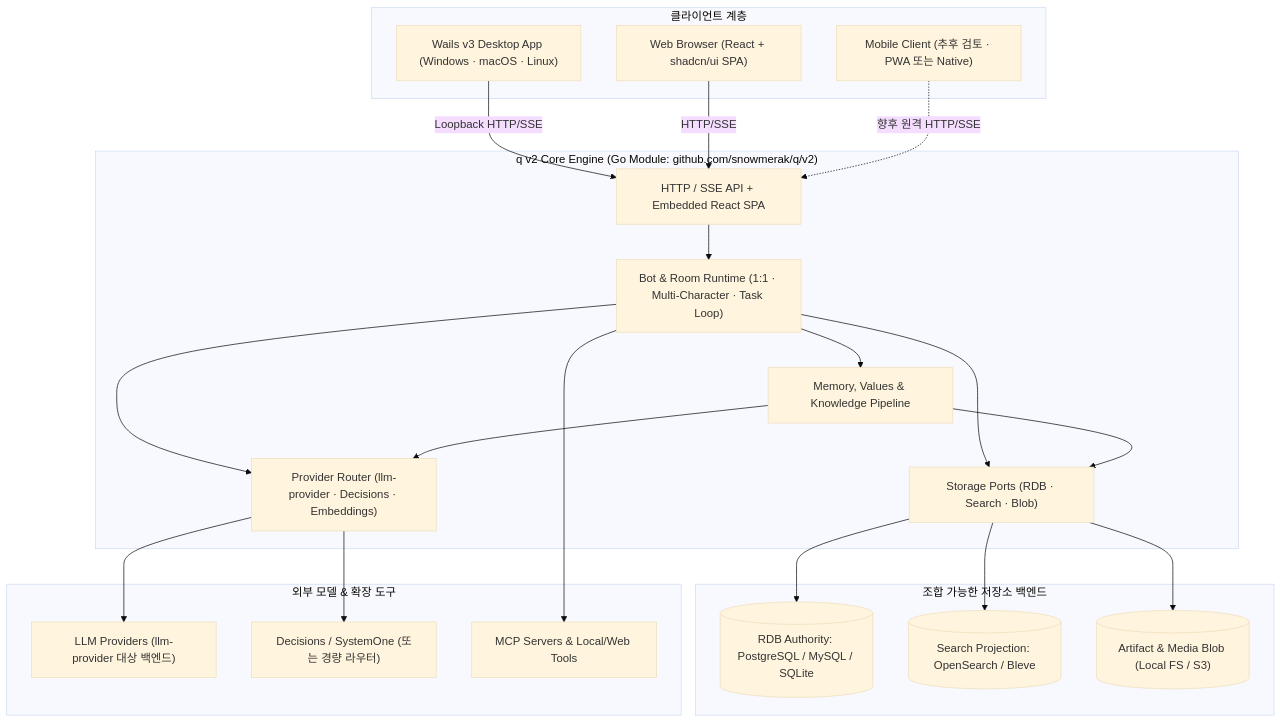
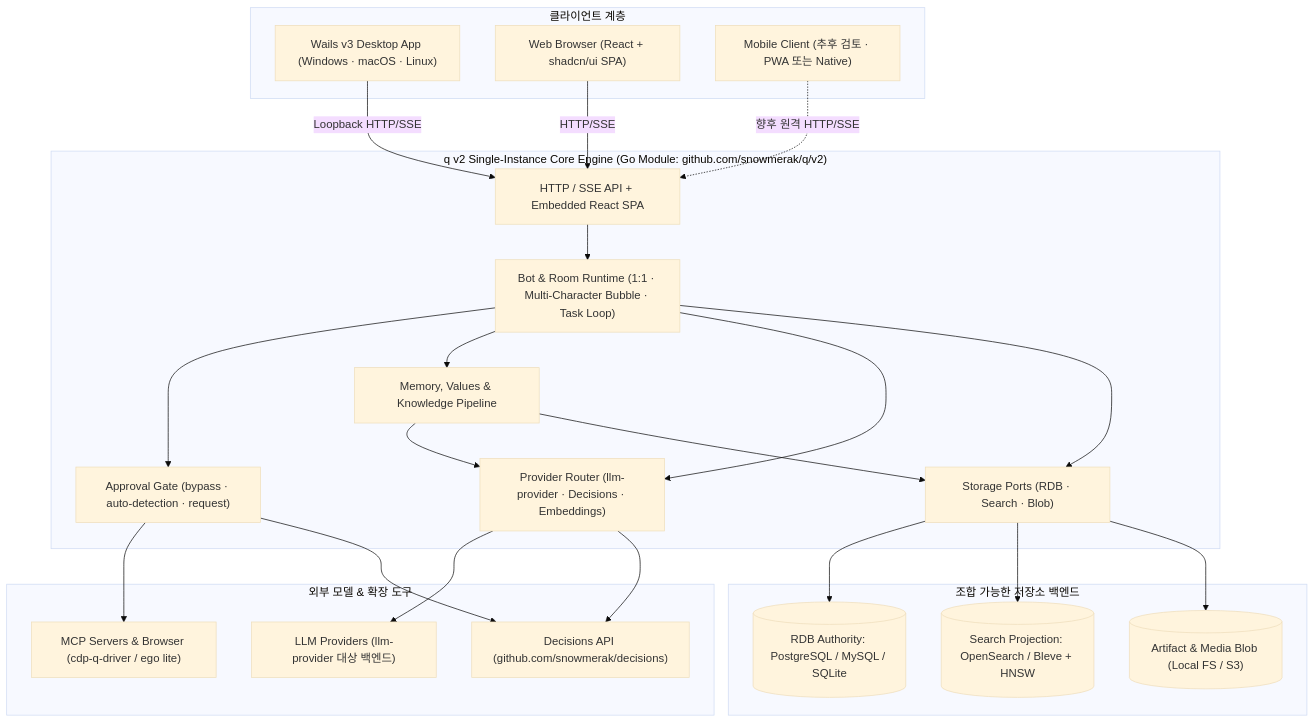
One commit to snowmerak/q changed the first of 3 diagrams in docs/blueprint.md. Above: the diagram before and after it, drawn with Mermaid (base theme). The commit also changed other lines of this file and 2 other files, not shown here.

Commit message:
docs(v2): record decisions on single-instance, Bleve+HNSW, chat bubbles, MCP/browser, and approval gate

````diff
--- a/docs/blueprint.md
+++ b/docs/blueprint.md
@@ -30,47 +30,50 @@
 ```mermaid
 flowchart TB
     subgraph Clients["클라이언트 계층"]
         Desktop["Wails v3 Desktop App (Windows · macOS · Linux)"]
         Web["Web Browser (React + shadcn/ui SPA)"]
         Mobile["Mobile Client (추후 검토 · PWA 또는 Native)"]
     end
 
-    subgraph Engine["q v2 Core Engine (Go Module: github.com/snowmerak/q/v2)"]
+    subgraph Engine["q v2 Single-Instance Core Engine (Go Module: github.com/snowmerak/q/v2)"]
         API["HTTP / SSE API + Embedded React SPA"]
-        Runtime["Bot & Room Runtime (1:1 · Multi-Character · Task Loop)"]
+        Runtime["Bot & Room Runtime (1:1 · Multi-Character Bubble · Task Loop)"]
+        Gate["Approval Gate (bypass · auto-detection · request)"]
         Memory["Memory, Values & Knowledge Pipeline"]
         Provider["Provider Router (llm-provider · Decisions · Embeddings)"]
         StoragePort["Storage Ports (RDB · Search · Blob)"]
     end
 
     subgraph Storage["조합 가능한 저장소 백엔드"]
         RDB[("RDB Authority: PostgreSQL / MySQL / SQLite")]
-        Search[("Search Projection: OpenSearch / Bleve")]
+        Search[("Search Projection: OpenSearch / Bleve + HNSW")]
         Blob[("Artifact & Media Blob (Local FS / S3)")]
     end
 
     subgraph External["외부 모델 & 확장 도구"]
         LLM["LLM Providers (llm-provider 대상 백엔드)"]
-        Dec["Decisions / SystemOne (또는 경량 라우터)"]
-        MCP["MCP Servers & Local/Web Tools"]
+        Dec["Decisions API (github.com/snowmerak/decisions)"]
+        Tools["MCP Servers & Browser (cdp-q-driver / ego lite)"]
     end
 
     Desktop -->|"Loopback HTTP/SSE"| API
     Web -->|"HTTP/SSE"| API
     Mobile -.->|"향후 원격 HTTP/SSE"| API
 
     API --> Runtime
+    Runtime --> Gate
+    Gate --> Tools
+    Gate --> Dec
     Runtime --> Memory
     Runtime --> Provider
     Runtime --> StoragePort
     Memory --> Provider
     Memory --> StoragePort
 
     StoragePort --> RDB
     StoragePort --> Search
     StoragePort --> Blob
 
     Provider --> LLM
     Provider --> Dec
-    Runtime --> MCP
 ```
````
